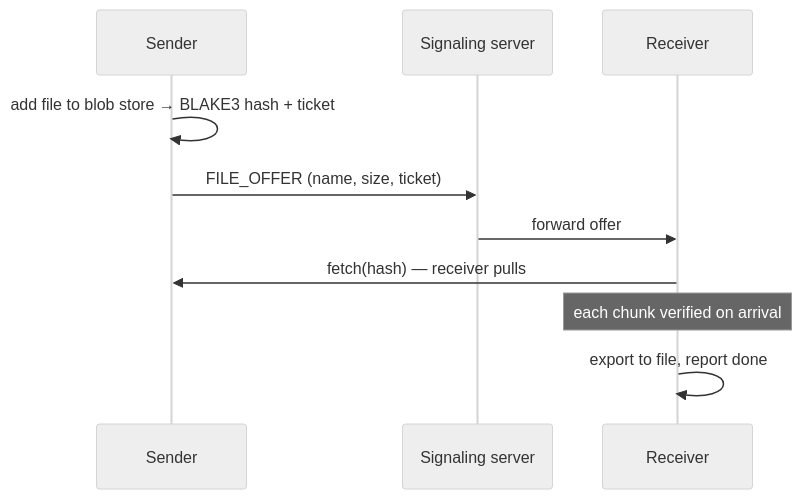
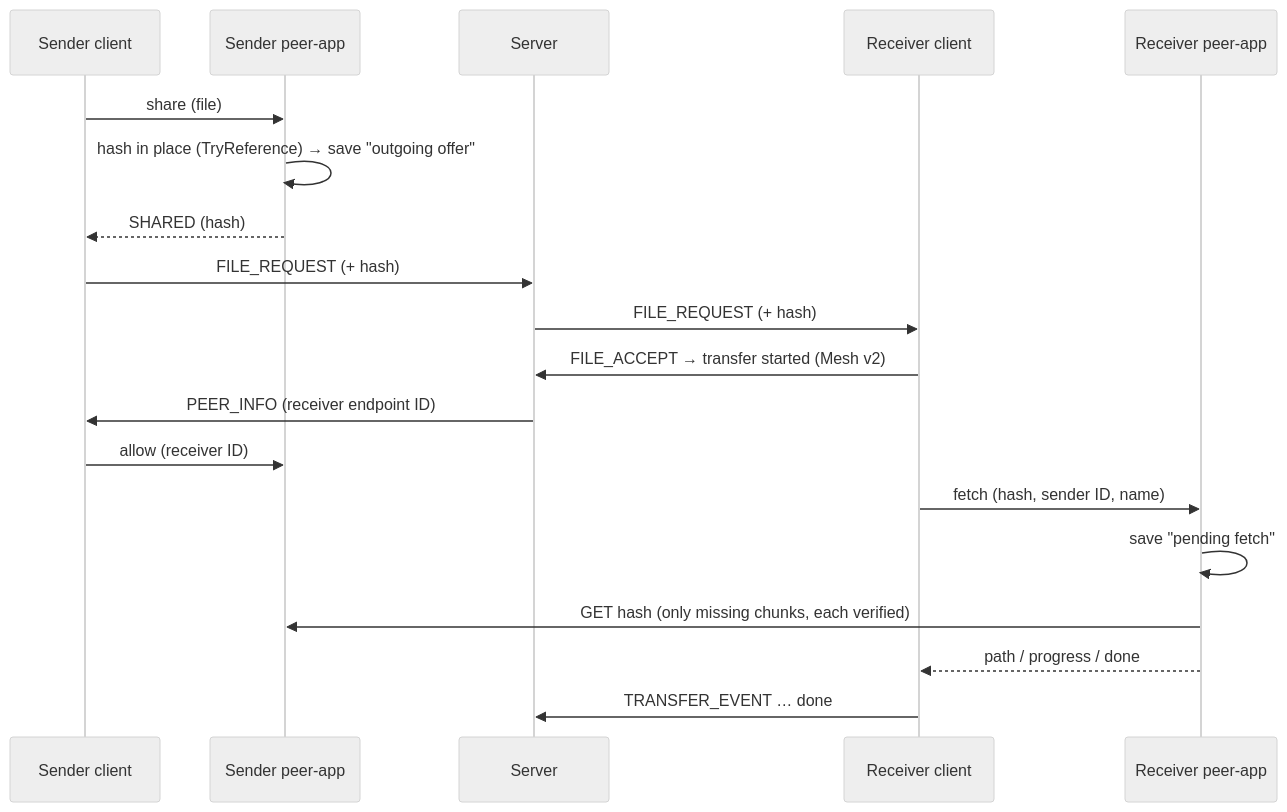
Before and after one commit to shobhit157/Aperture: the second of 2 diagrams in docs/future-plans/File-transfer-improvement-plan.md, drawn with Mermaid (neutral theme). The commit also changed other lines of this file, not shown here.

First line of the commit message:
Revised File Transfer Improvement Plan status and details

````diff
--- a/docs/future-plans/File-transfer-improvement-plan.md
+++ b/docs/future-plans/File-transfer-improvement-plan.md
@@ -68,12 +64,21 @@
 ```mermaid
 sequenceDiagram
-  participant S as Sender
-  participant Srv as Signaling server
-  participant R as Receiver
-  S->>S: add file to blob store → BLAKE3 hash + ticket
-  S->>Srv: FILE_OFFER (name, size, ticket)
-  Srv->>R: forward offer
-  R->>S: fetch(hash) — receiver pulls
-  Note over R: each chunk verified on arrival
-  R->>R: export to file, report done
+  participant SC as Sender client
+  participant SP as Sender peer-app
+  participant S as Server
+  participant RC as Receiver client
+  participant RP as Receiver peer-app
+  SC->>SP: share (file)
+  SP->>SP: hash in place (TryReference) → save "outgoing offer"
+  SP-->>SC: SHARED (hash)
+  SC->>S: FILE_REQUEST (+ hash)
+  S->>RC: FILE_REQUEST (+ hash)
+  RC->>S: FILE_ACCEPT → transfer started (Mesh v2)
+  S->>SC: PEER_INFO (receiver endpoint ID)
+  SC->>SP: allow (receiver ID)
+  RC->>RP: fetch (hash, sender ID, name)
+  RP->>RP: save "pending fetch"
+  RP->>SP: GET hash (only missing chunks, each verified)
+  RP-->>RC: path / progress / done
+  RC->>S: TRANSFER_EVENT … done
 ```
````
